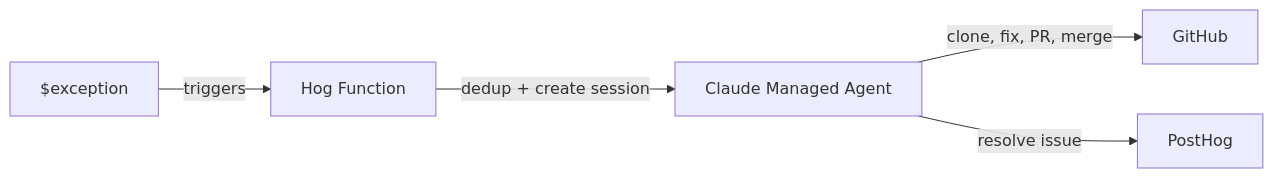
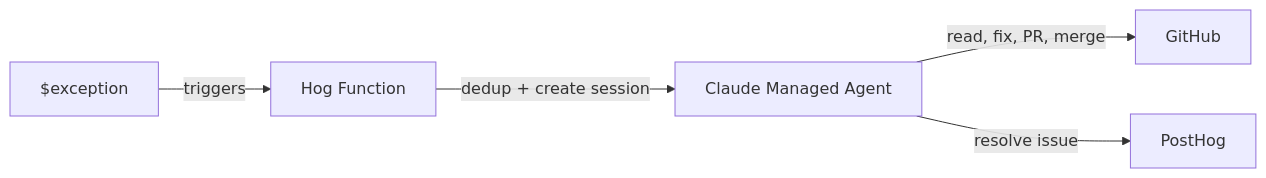
One commit to MattBro/posthog-bugfix-agent changed the diagram in README.md. Above: the diagram before and after it, drawn with Mermaid. The commit also changed other lines of this file and 4 other files, not shown here.

````diff
--- a/README.md
+++ b/README.md
@@ -9,7 +9,7 @@
 ```mermaid
 flowchart LR
     A["$exception"] -->|triggers| B["Hog Function"]
     B -->|dedup + create session| C["Claude Managed Agent"]
-    C -->|clone, fix, PR, merge| D["GitHub"]
+    C -->|read, fix, PR, merge| D["GitHub"]
     C -->|resolve issue| E["PostHog"]
 ```
````
